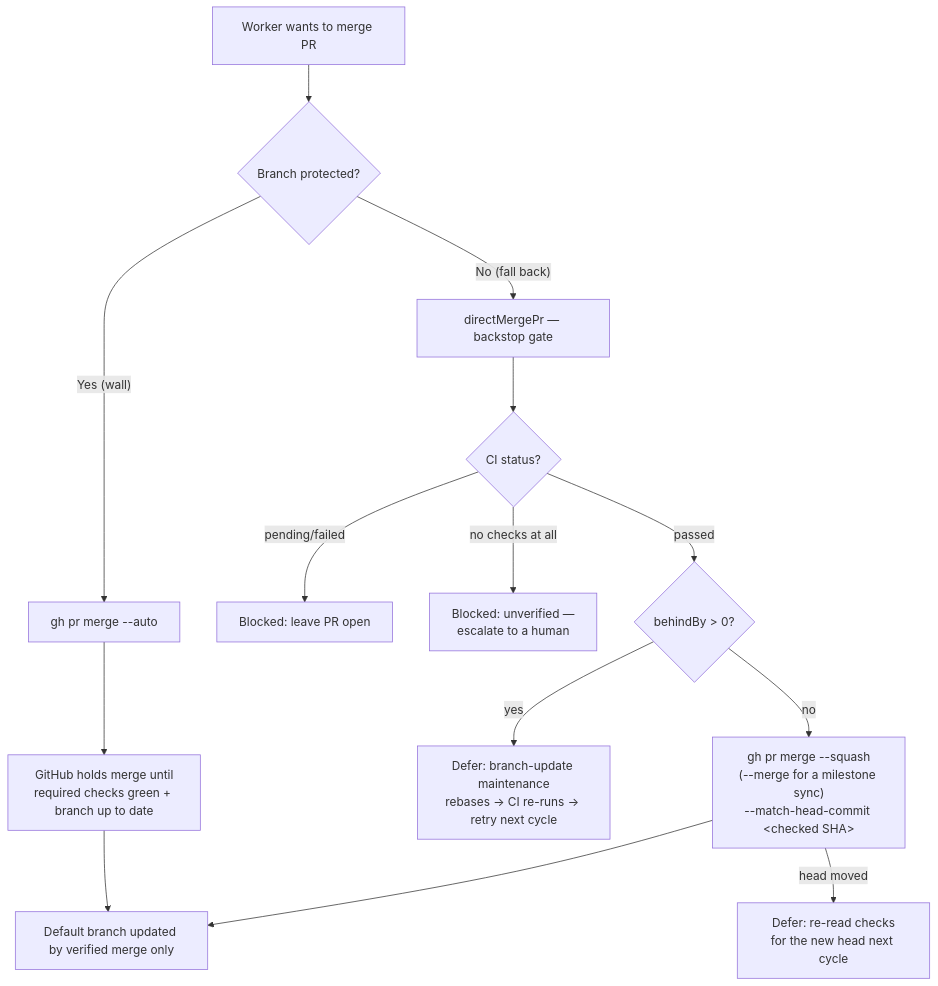
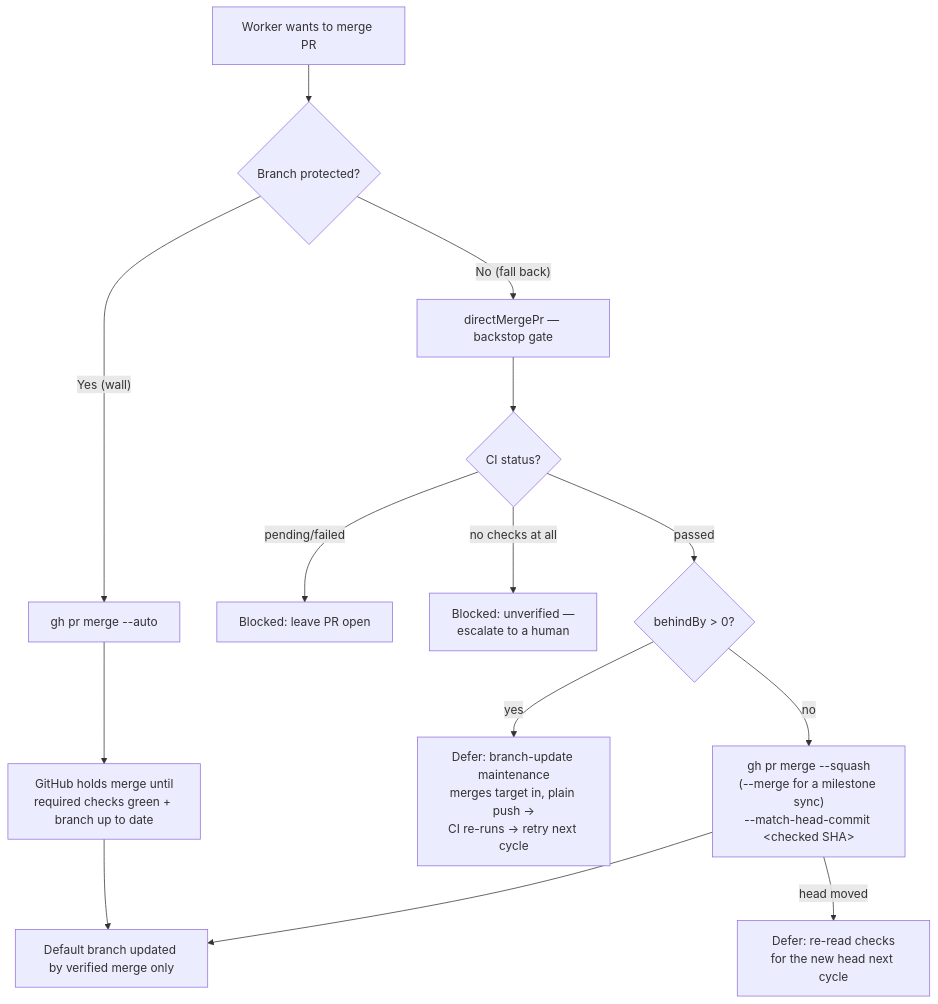
The first of 10 diagrams in docs/MERGE.md (stSoftwareAU/VibeCoder), drawn with Mermaid before and after one commit. The commit also changed other lines of this file and 4 other files, not shown here.

First line of the commit message:
Docs: branch sync and per-cycle update merge and push, never force (#2807)

````diff
--- a/docs/MERGE.md
+++ b/docs/MERGE.md
@@ -34,16 +34,16 @@
 ```mermaid
 flowchart TD
     A[Worker wants to merge PR] --> B{Branch protected?}
     B -- "Yes (wall)" --> C[gh pr merge --auto]
     C --> D[GitHub holds merge until<br/>required checks green + branch up to date]
     B -- "No (fall back)" --> E[directMergePr — backstop gate]
     E --> F{CI status?}
     F -- pending/failed --> G[Blocked: leave PR open]
     F -- "no checks at all" --> N[Blocked: unverified —<br/>escalate to a human]
     F -- passed --> H{behindBy > 0?}
-    H -- yes --> I[Defer: branch-update maintenance<br/>rebases → CI re-runs → retry next cycle]
+    H -- yes --> I[Defer: branch-update maintenance<br/>merges target in, plain push →<br/>CI re-runs → retry next cycle]
     H -- no --> J["gh pr merge --squash<br/>(--merge for a milestone sync)<br/>--match-head-commit &lt;checked SHA&gt;"]
     J -- head moved --> L[Defer: re-read checks<br/>for the new head next cycle]
     D --> K[Default branch updated by verified merge only]
     J --> K
 ```
````
